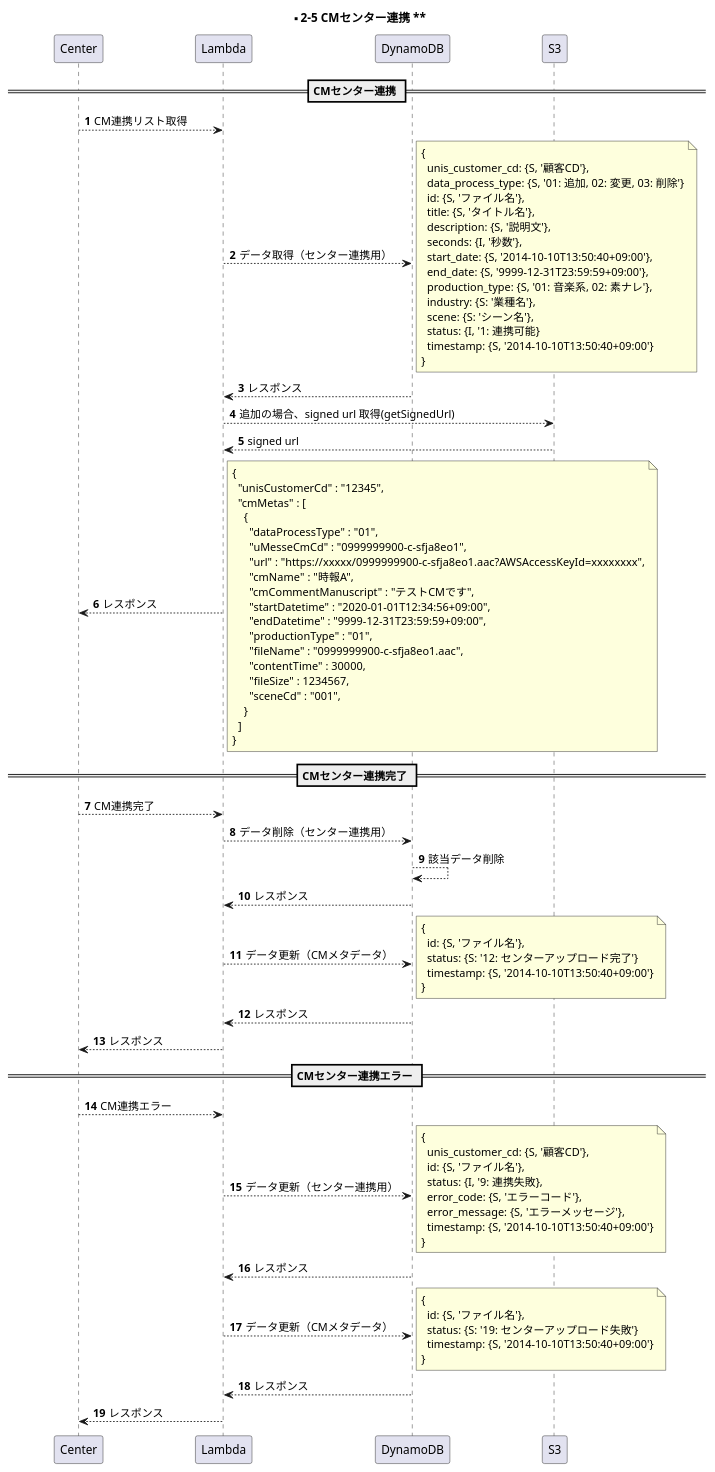
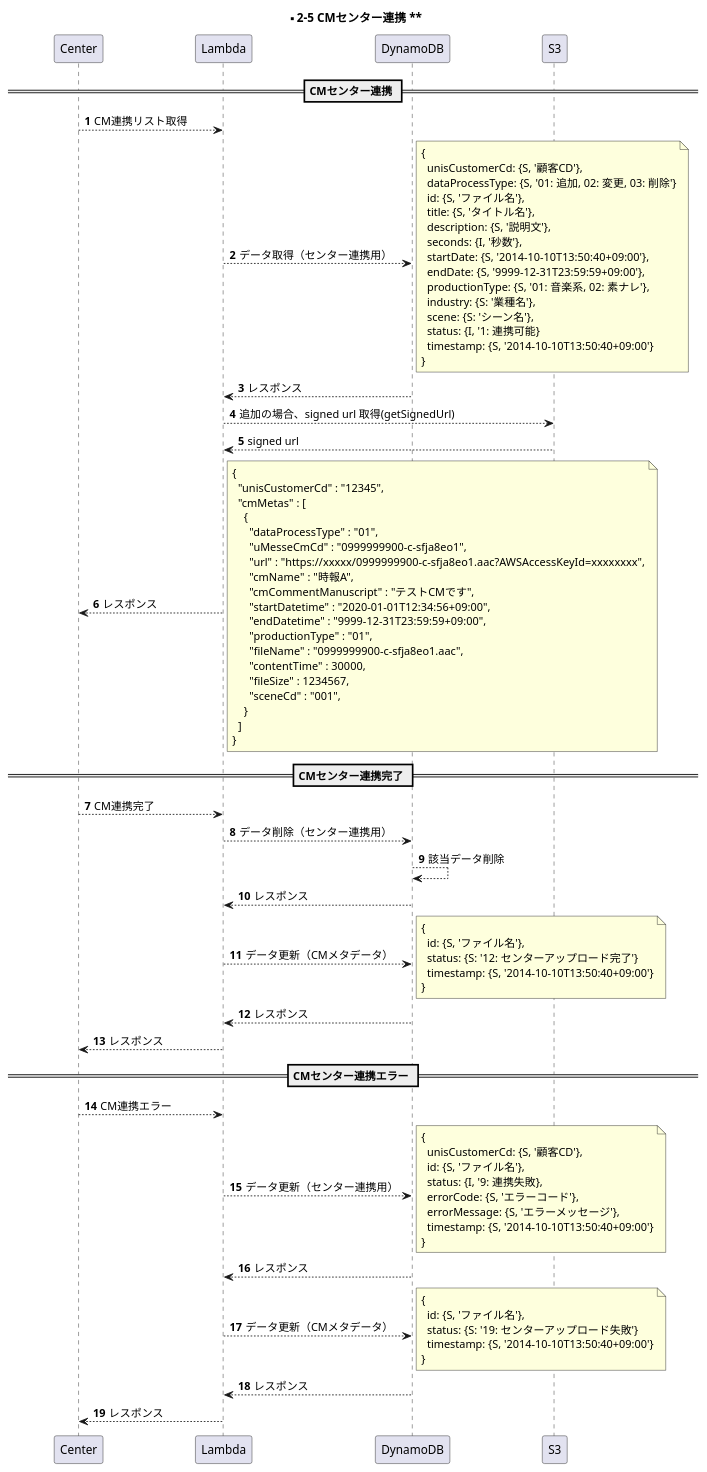
Before and after one commit to y-watanabe-usen/umesse-test: the diagram in documents/uml/s2-5.wsd, drawn with PlantUML. The commit also changed 19 other files, not shown here.

```diff
--- a/documents/uml/s2-5.wsd
+++ b/documents/uml/s2-5.wsd
@@ -1,100 +1,100 @@
 @startuml s2-5
 
 participant Center order 1
 participant Lambda order 2
 participant DynamoDB order 3
 participant S3 order 4
 skinparam ParticipantPadding 50
 autonumber
 
 title ** 2-5 CMセンター連携 **
 
 == CMセンター連携 ==
 Center --> Lambda: CM連携リスト取得
 Lambda --> DynamoDB: データ取得（センター連携用）
 note right
 {
-  unis_customer_cd: {S, '顧客CD'},
-  data_process_type: {S, '01: 追加, 02: 変更, 03: 削除'}
+  unisCustomerCd: {S, '顧客CD'},
+  dataProcessType: {S, '01: 追加, 02: 変更, 03: 削除'}
   id: {S, 'ファイル名'},
   title: {S, 'タイトル名'},
   description: {S, '説明文'},
   seconds: {I, '秒数'},
-  start_date: {S, '2014-10-10T13:50:40+09:00'},
-  end_date: {S, '9999-12-31T23:59:59+09:00'},
-  production_type: {S, '01: 音楽系, 02: 素ナレ'},
+  startDate: {S, '2014-10-10T13:50:40+09:00'},
+  endDate: {S, '9999-12-31T23:59:59+09:00'},
+  productionType: {S, '01: 音楽系, 02: 素ナレ'},
   industry: {S: '業種名'},
   scene: {S: 'シーン名'},
   status: {I, '1: 連携可能}
   timestamp: {S, '2014-10-10T13:50:40+09:00'}
 }
 end note
 Lambda <-- DynamoDB: レスポンス
 Lambda --> S3: 追加の場合、signed url 取得(getSignedUrl)
 Lambda <-- S3: signed url
 Center <-- Lambda: レスポンス
 note right
 {
   "unisCustomerCd" : "12345",
   "cmMetas" : [
     {
       "dataProcessType" : "01",
       "uMesseCmCd" : "0999999900-c-sfja8eo1",
       "url" : "https://xxxxx/0999999900-c-sfja8eo1.aac?AWSAccessKeyId=xxxxxxxx",
       "cmName" : "時報A",
       "cmCommentManuscript" : "テストCMです",
       "startDatetime" : "2020-01-01T12:34:56+09:00",
       "endDatetime" : "9999-12-31T23:59:59+09:00",
       "productionType" : "01",
       "fileName" : "0999999900-c-sfja8eo1.aac",
       "contentTime" : 30000,
       "fileSize" : 1234567,
       "sceneCd" : "001",
     }
   ]
 }
 end note
 
 == CMセンター連携完了 ==
 Center --> Lambda: CM連携完了
 Lambda --> DynamoDB: データ削除（センター連携用）
 DynamoDB --> DynamoDB: 該当データ削除
 Lambda <-- DynamoDB: レスポンス
 Lambda --> DynamoDB: データ更新（CMメタデータ）
 note right
 {
   id: {S, 'ファイル名'},
   status: {S: '12: センターアップロード完了'}
   timestamp: {S, '2014-10-10T13:50:40+09:00'}
 }
 end note
 Lambda <-- DynamoDB: レスポンス
 Center <-- Lambda: レスポンス
 
 == CMセンター連携エラー ==
 Center --> Lambda: CM連携エラー
 Lambda --> DynamoDB: データ更新（センター連携用）
 note right
 {
-  unis_customer_cd: {S, '顧客CD'},
+  unisCustomerCd: {S, '顧客CD'},
   id: {S, 'ファイル名'},
   status: {I, '9: 連携失敗},
-  error_code: {S, 'エラーコード'},
-  error_message: {S, 'エラーメッセージ'},
+  errorCode: {S, 'エラーコード'},
+  errorMessage: {S, 'エラーメッセージ'},
   timestamp: {S, '2014-10-10T13:50:40+09:00'}
 }
 end note
 Lambda <-- DynamoDB: レスポンス
 Lambda --> DynamoDB: データ更新（CMメタデータ）
 note right
 {
   id: {S, 'ファイル名'},
   status: {S: '19: センターアップロード失敗'}
   timestamp: {S, '2014-10-10T13:50:40+09:00'}
 }
 end note
 Lambda <-- DynamoDB: レスポンス
 Center <-- Lambda: レスポンス
 
 
 @enduml
```
